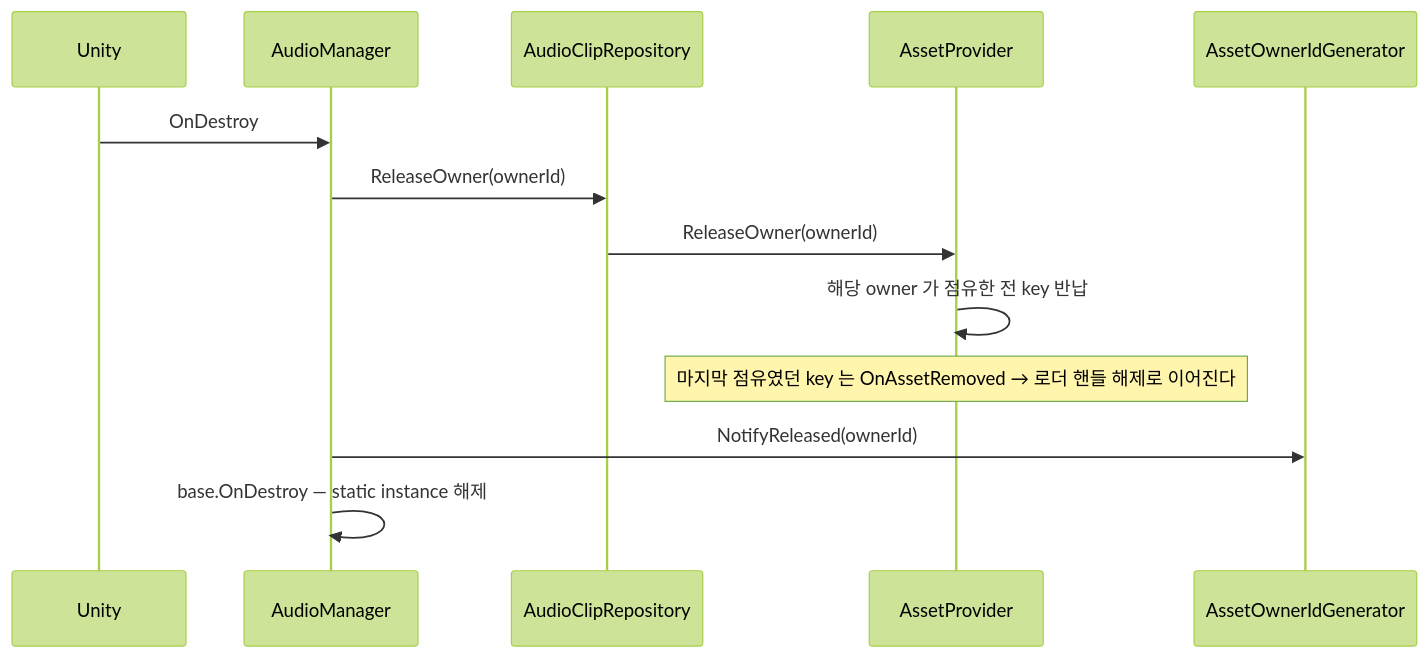
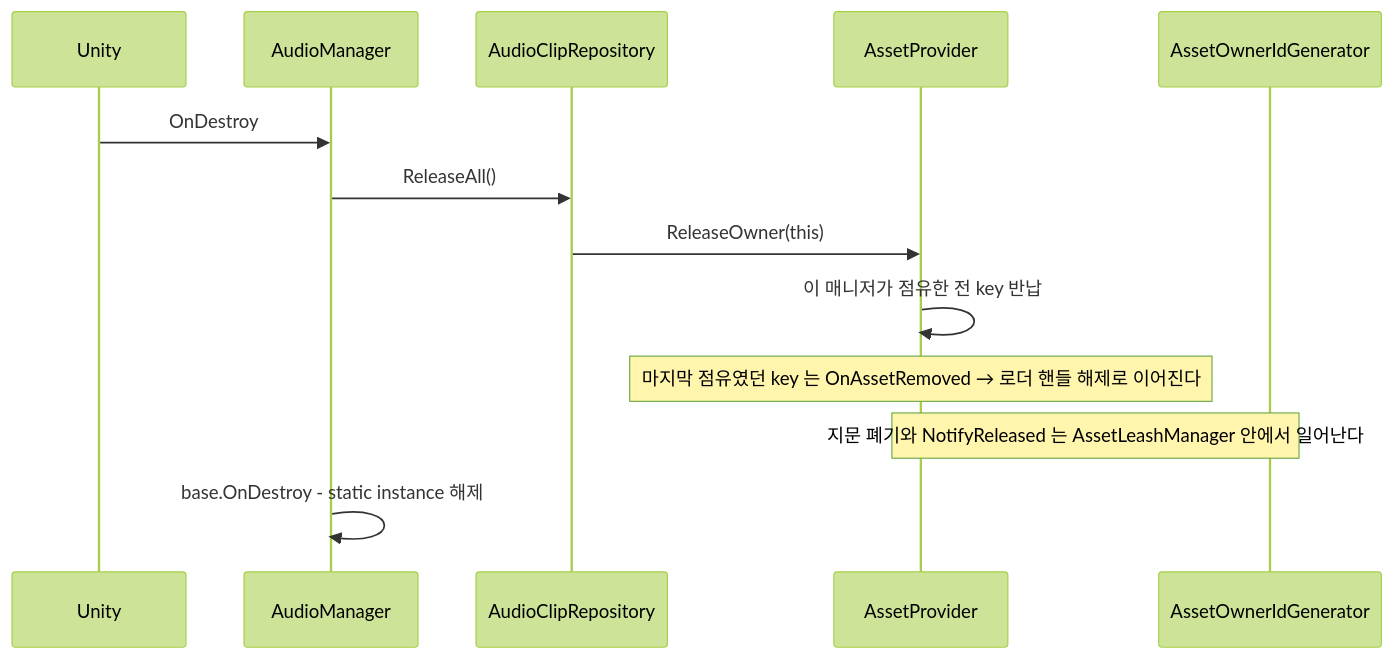
One commit to HoHong123/HCUP-Unity changed the sixth of 9 diagrams in HAudio/Runtime/README.md. Above: the diagram before and after it, drawn with Mermaid (forest theme). The commit also changed other lines of this file, not shown here.

````diff
--- a/HAudio/Runtime/README.md
+++ b/HAudio/Runtime/README.md
@@ -270,16 +268,16 @@
 ```mermaid
 sequenceDiagram
     participant U as Unity
     participant AM as AudioManager
     participant REPO as AudioClipRepository
     participant AP as AssetProvider
     participant GEN as AssetOwnerIdGenerator
 
     U->>AM: OnDestroy
-    AM->>REPO: ReleaseOwner(ownerId)
-    REPO->>AP: ReleaseOwner(ownerId)
-    AP->>AP: 해당 owner 가 점유한 전 key 반납
+    AM->>REPO: ReleaseAll()
+    REPO->>AP: ReleaseOwner(this)
+    AP->>AP: 이 매니저가 점유한 전 key 반납
     Note over AP: 마지막 점유였던 key 는 OnAssetRemoved → 로더 핸들 해제로 이어진다
-    AM->>GEN: NotifyReleased(ownerId)
-    AM->>AM: base.OnDestroy — static instance 해제
+    Note over AP,GEN: 지문 폐기와 NotifyReleased 는 AssetLeashManager 안에서 일어난다
+    AM->>AM: base.OnDestroy - static instance 해제
 ```
````
